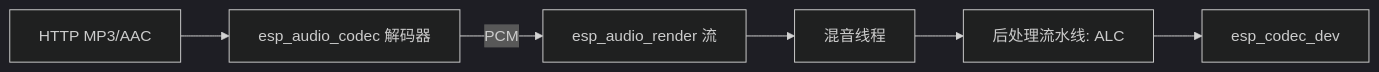
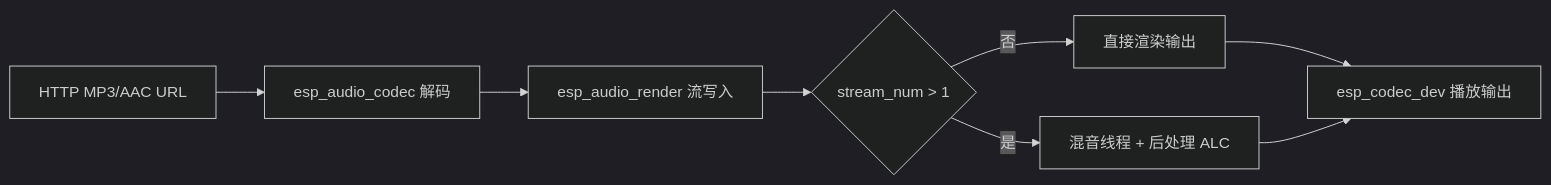
Before and after one commit to espressif/esp-gmf: the diagram in packages/esp_audio_render/examples/audio_render/README_CN.md, drawn with Mermaid (dark theme). The commit also changed other lines of this file and 13 other files, not shown here.

Commit message:
feat(packages): Refine esp_audio_render and esp_capture readme

````diff
--- a/packages/esp_audio_render/examples/audio_render/README_CN.md
+++ b/packages/esp_audio_render/examples/audio_render/README_CN.md
@@ -31,8 +61,10 @@
 ```mermaid
 flowchart LR
-  NET[HTTP MP3/AAC] --> DEC[esp_audio_codec 解码器]
-  DEC -- PCM --> STRM[esp_audio_render 流]
-  STRM --> MIX[混音线程]
-  MIX --> POST[后处理流水线: ALC]
-  POST --> SINK[esp_codec_dev]
+  NET[HTTP MP3/AAC URL] --> DEC[esp_audio_codec 解码]
+  DEC --> STRM[esp_audio_render 流写入]
+  STRM --> MIX{stream_num > 1}
+  MIX -- 否 --> OUT[直接渲染输出]
+  MIX -- 是 --> MX[混音线程 + 后处理 ALC]
+  OUT --> SINK[esp_codec_dev 播放输出]
+  MX --> SINK
 ```
````
